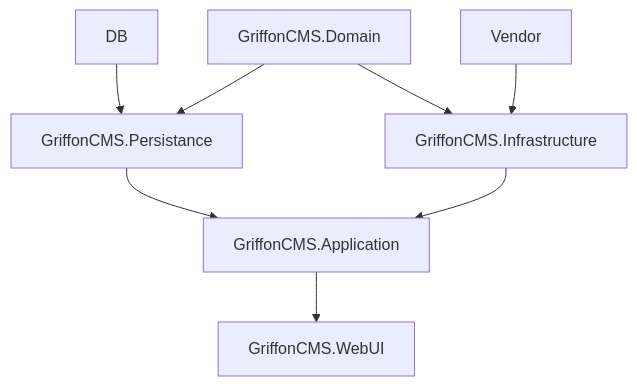
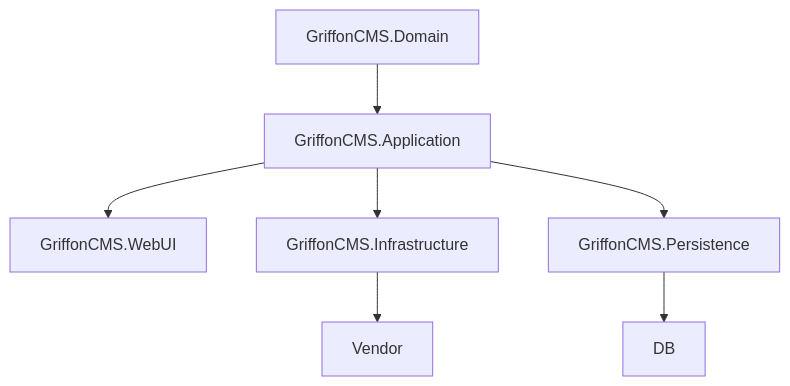
The diagram in README.md (sitahmetemin/GriffonCMS), drawn with Mermaid before and after one commit. The commit also changed other lines of this file, not shown here.

````diff
--- a/README.md
+++ b/README.md
@@ -72,10 +77,9 @@
 ``` mermaid
 graph TD;
-    DB --> GriffonCMS.Persistance
-    GriffonCMS.Domain --> GriffonCMS.Persistance
-    GriffonCMS.Domain --> GriffonCMS.Infrastructure
-    GriffonCMS.Persistance --> GriffonCMS.Application
-    Vendor --> GriffonCMS.Infrastructure
-    GriffonCMS.Infrastructure --> GriffonCMS.Application;
-    GriffonCMS.Application --> GriffonCMS.WebUI;
+    GriffonCMS.Domain --> GriffonCMS.Application
+    GriffonCMS.Application --> GriffonCMS.WebUI
+    GriffonCMS.Application --> GriffonCMS.Infrastructure
+    GriffonCMS.Infrastructure --> Vendor
+    GriffonCMS.Application --> GriffonCMS.Persistence
+    GriffonCMS.Persistence --> DB
 ```
````
